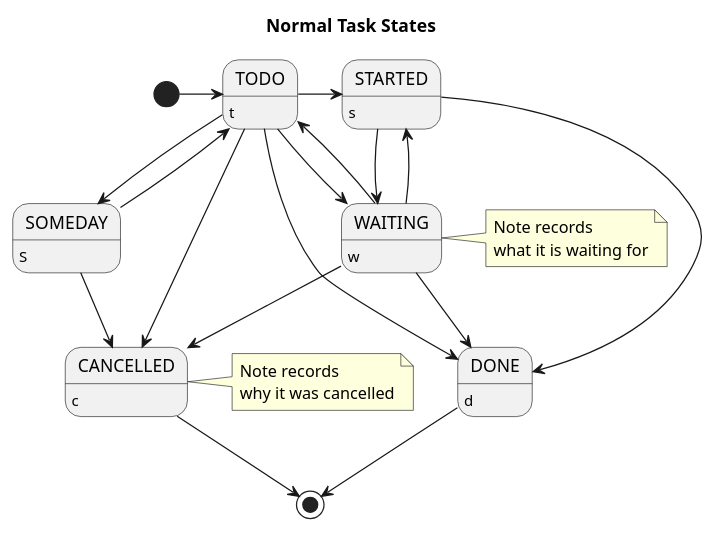
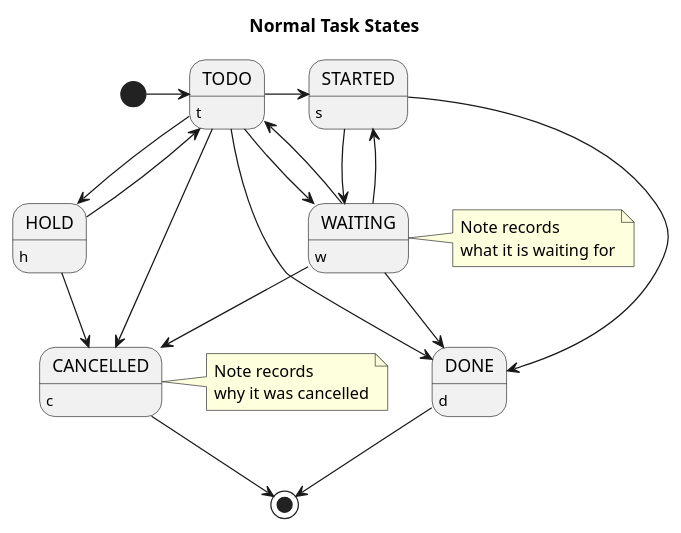
The first of 10 diagrams in org-mode.org (byronsanchez/org-mode-doc), drawn with PlantUML before and after one commit. The commit also changed other lines of this file, not shown here.

Commit message:
Change SOMEDAY to HOLD

```diff
--- a/org-mode.org
+++ b/org-mode.org
@@ -405,27 +405,27 @@
 #+begin_src plantuml :file normal_task_states.png
   title Normal Task States
   [*] -> TODO
   TODO -> STARTED
   TODO -> DONE
   STARTED -> DONE
   DONE -> [*]
   TODO --> WAITING
   WAITING --> TODO
   STARTED --> WAITING
   WAITING --> STARTED
-  SOMEDAY --> CANCELLED
+  HOLD --> CANCELLED
   WAITING --> CANCELLED
   CANCELLED --> [*]
-  TODO --> SOMEDAY
-  SOMEDAY --> TODO
+  TODO --> HOLD
+  HOLD --> TODO
   TODO --> CANCELLED
   TODO: t
   STARTED: s
   DONE: d
   WAITING:w
   note right of WAITING: Note records\nwhat it is waiting for
-  SOMEDAY:S
+  HOLD:h
   note right of CANCELLED: Note records\nwhy it was cancelled
   CANCELLED:c
   WAITING --> DONE
 #+end_src
```
